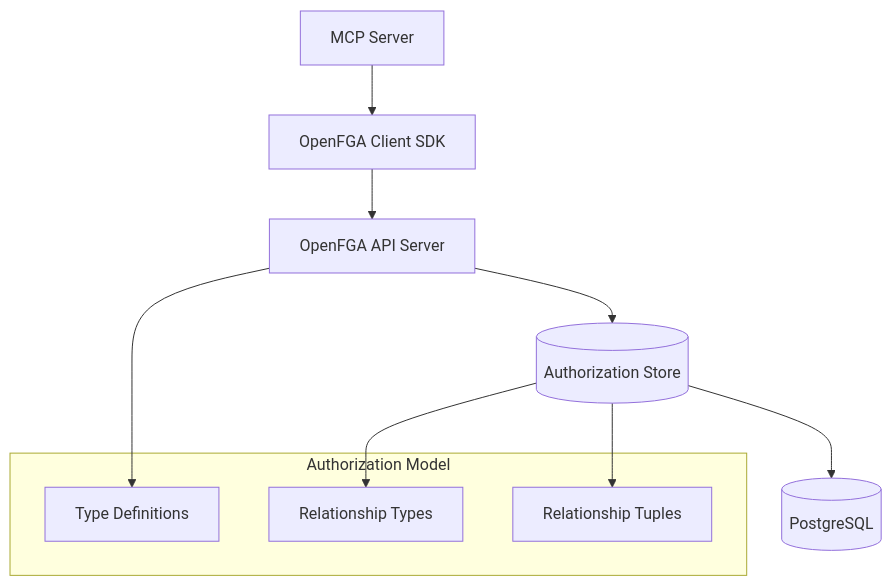
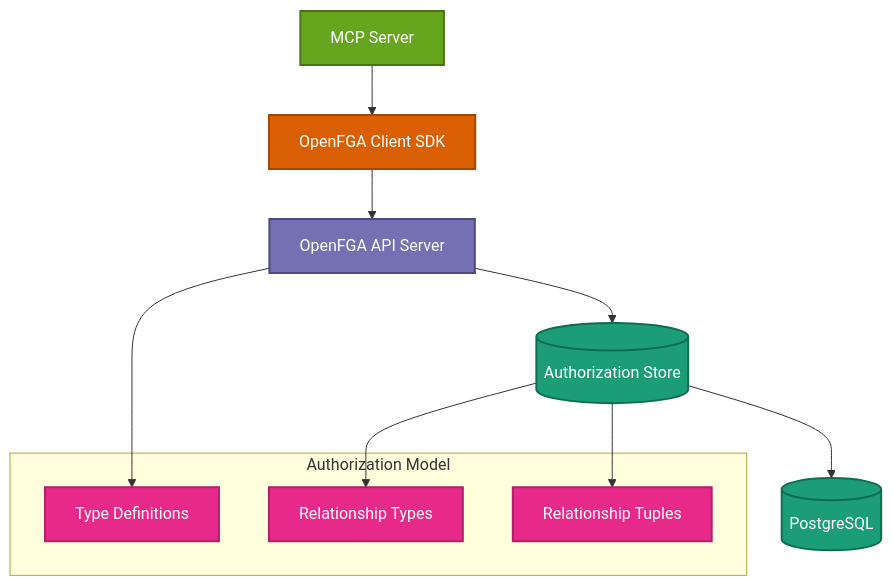
The diagram in docs/guides/openfga-setup.mdx (vishnu2kmohan/mcp-server-langgraph), drawn with Mermaid before and after one commit. The commit also changed 9 other files, not shown here.

First line of the commit message:
style: apply ColorBrewer2 Dark2 palette to all remaining diagrams

````diff
--- a/docs/guides/openfga-setup.mdx
+++ b/docs/guides/openfga-setup.mdx
@@ -17,17 +17,30 @@
 ```mermaid
 graph TB
     App[MCP Server] --> Client[OpenFGA Client SDK]
     Client --> API[OpenFGA API Server]
     API --> Store[(Authorization Store)]
     Store --> PG[(PostgreSQL)]
 
-    subgraph "Authorization Model"
+    subgraph Authorization_Model["Authorization Model"]
         Model[Type Definitions]
         Relations[Relationship Types]
         Tuples[Relationship Tuples]
     end
 
     API --> Model
     Store --> Relations
     Store --> Tuples
+
+    %% ColorBrewer2 Dark2 palette styling
+    classDef appStyle fill:#66a61e,stroke:#477315,stroke-width:2px,color:#fff
+    classDef sdkStyle fill:#d95f02,stroke:#a64801,stroke-width:2px,color:#fff
+    classDef serverStyle fill:#7570b3,stroke:#4e4a7f,stroke-width:2px,color:#fff
+    classDef dataStyle fill:#1b9e77,stroke:#116b52,stroke-width:2px,color:#fff
+    classDef modelStyle fill:#e7298a,stroke:#b31e6d,stroke-width:2px,color:#fff
+
+    class App appStyle
+    class Client sdkStyle
+    class API serverStyle
+    class Store,PG dataStyle
+    class Model,Relations,Tuples modelStyle
 ```
````
